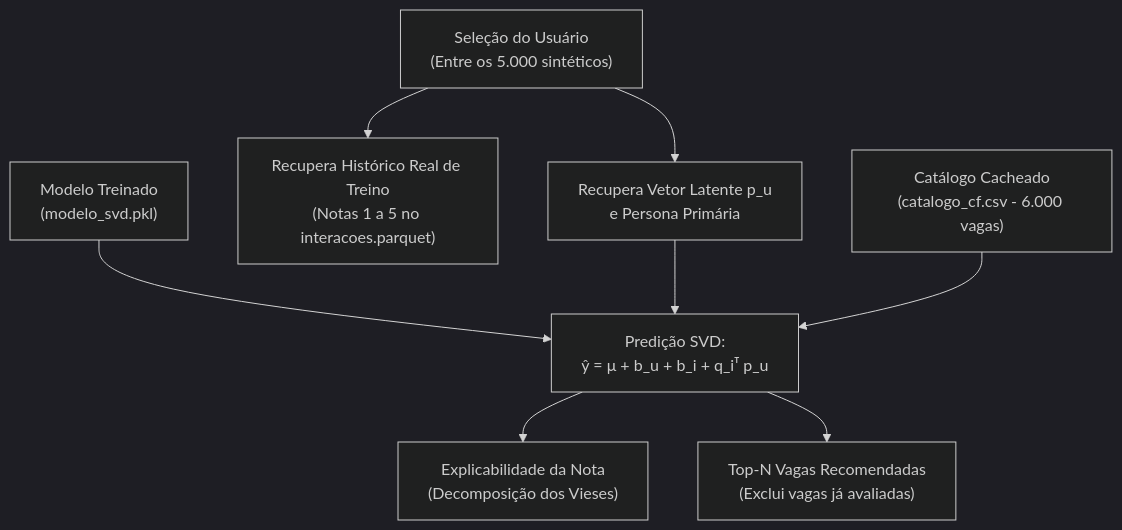
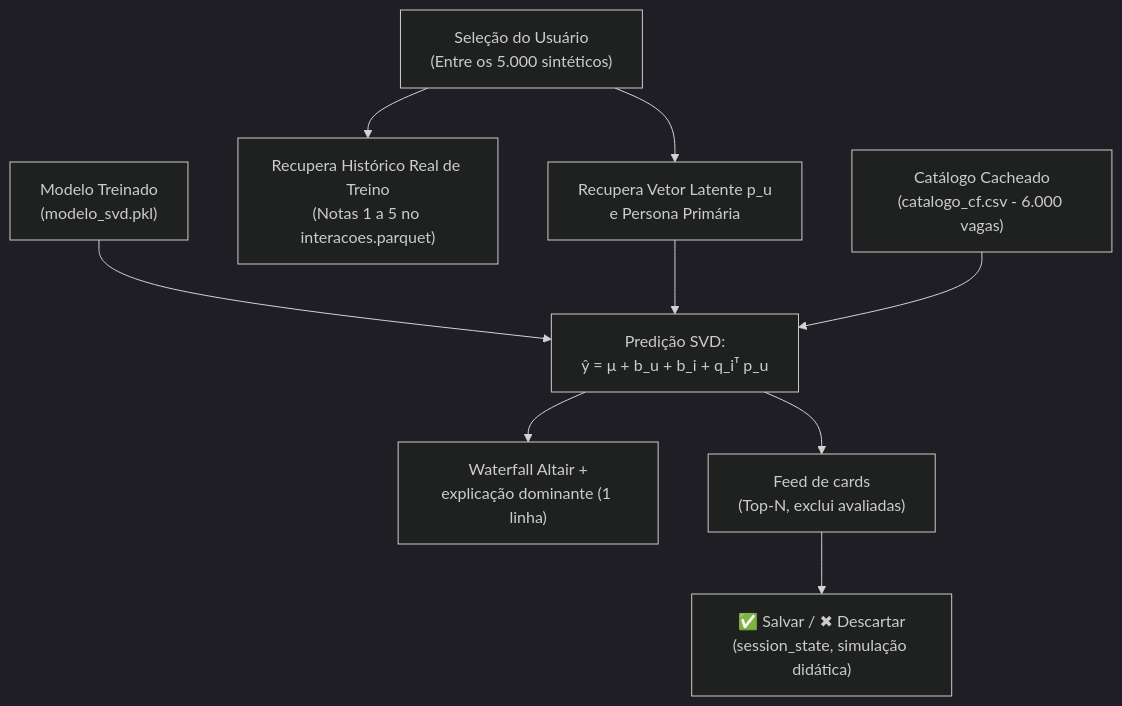
The third of 5 diagrams in docs/arquitetura/fluxo_por_aba.md (Matheus-Nardi/linkedin-RecSys), drawn with Mermaid (dark theme) before and after one commit. The commit also changed other lines of this file and 3 other files, not shown here.

````diff
--- a/docs/arquitetura/fluxo_por_aba.md
+++ b/docs/arquitetura/fluxo_por_aba.md
@@ -99,10 +102,11 @@
   ```mermaid
   flowchart TD
       U["Seleção do Usuário\n(Entre os 5.000 sintéticos)"] --> P["Recupera Vetor Latente p_u\ne Persona Primária"]
       U --> H["Recupera Histórico Real de Treino\n(Notas 1 a 5 no interacoes.parquet)"]
       M["Modelo Treinado\n(modelo_svd.pkl)"] --> S["Predição SVD:\nŷ = μ + b_u + b_i + q_iᵀ p_u"]
       P --> S
       C["Catálogo Cacheado\n(catalogo_cf.csv - 6.000 vagas)"] --> S
-      S --> E["Explicabilidade da Nota\n(Decomposição dos Vieses)"]
-      S --> F["Top-N Vagas Recomendadas\n(Exclui vagas já avaliadas)"]
+      S --> E["Waterfall Altair +\nexplicação dominante (1 linha)"]
+      S --> F["Feed de cards\n(Top-N, exclui avaliadas)"]
+      F --> FB["✅ Salvar / ✖ Descartar\n(session_state, simulação didática)"]
   ```
````
